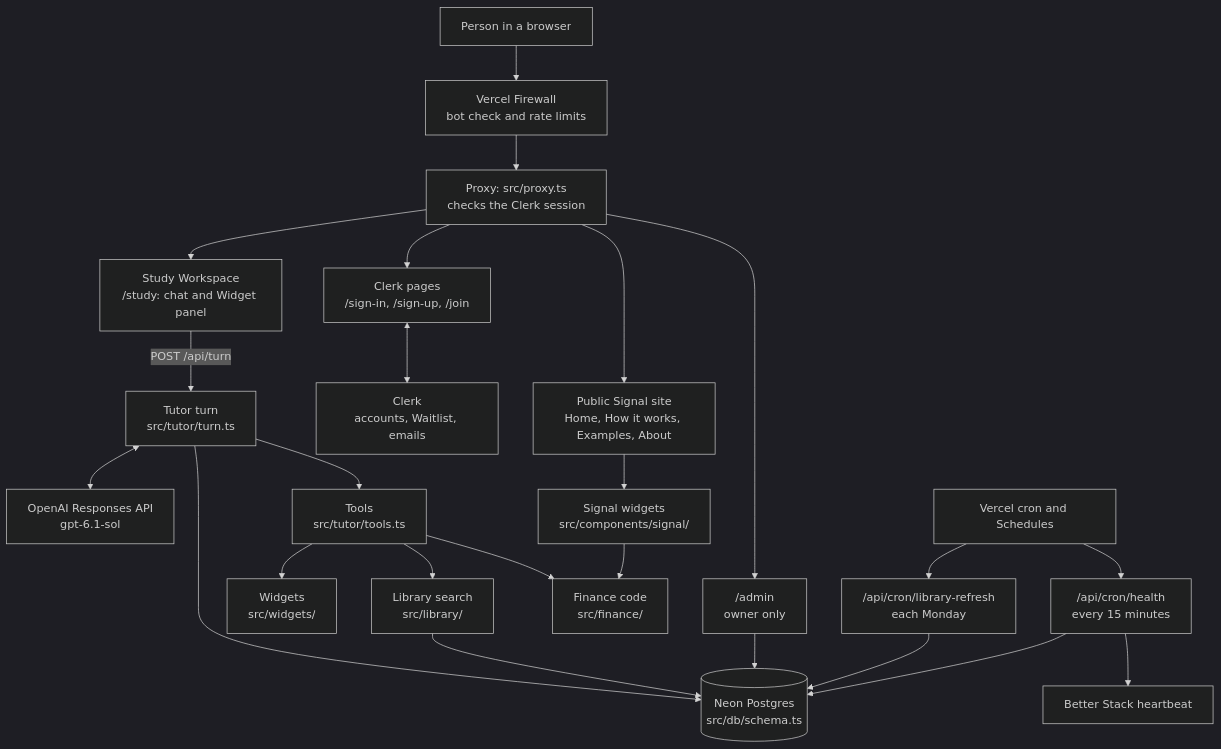
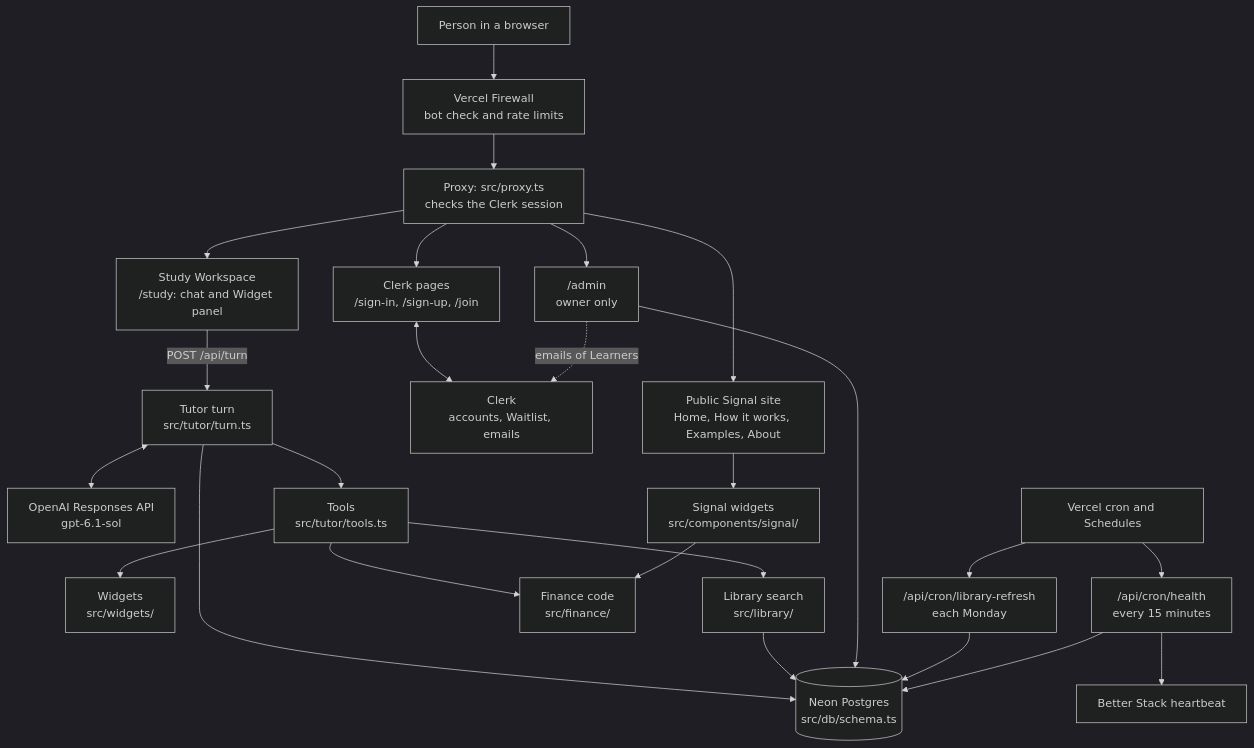
One commit to SiddharthMuramkar/finance-agent changed the first of 2 diagrams in docs/architecture.md. Above: the diagram before and after it, drawn with Mermaid (dark theme). The commit also changed other lines of this file, not shown here.

First line of the commit message:
docs: describe main after the 2026-11-15 merges in the architecture overview (#20)

````diff
--- a/docs/architecture.md
+++ b/docs/architecture.md
@@ -32,26 +39,27 @@
 ```mermaid
 flowchart TD
   P["Person in a browser"] --> FW["Vercel Firewall<br/>bot check and rate limits"]
   FW --> PX["Proxy: src/proxy.ts<br/>checks the Clerk session"]
   PX --> SITE["Public Signal site<br/>Home, How it works, Examples, About"]
   PX --> AUTH["Clerk pages<br/>/sign-in, /sign-up, /join"]
   PX --> STUDY["Study Workspace<br/>/study: chat and Widget panel"]
   PX --> ADMIN["/admin<br/>owner only"]
   AUTH <--> CLERK["Clerk<br/>accounts, Waitlist, emails"]
+  ADMIN -.->|"emails of Learners"| CLERK
   STUDY -->|"POST /api/turn"| TURN["Tutor turn<br/>src/tutor/turn.ts"]
   TURN <--> OAI["OpenAI Responses API<br/>gpt-6.1-sol"]
   TURN --> TOOLS["Tools<br/>src/tutor/tools.ts"]
   TOOLS --> WID["Widgets<br/>src/widgets/"]
   TOOLS --> LIB["Library search<br/>src/library/"]
   TOOLS --> FIN["Finance code<br/>src/finance/"]
   SITE --> SIG["Signal widgets<br/>src/components/signal/"]
   SIG --> FIN
   TURN --> DB[("Neon Postgres<br/>src/db/schema.ts")]
   LIB --> DB
   ADMIN --> DB
   CRON["Vercel cron and Schedules"] --> HEALTH["/api/cron/health<br/>every 15 minutes"]
   CRON --> REFRESH["/api/cron/library-refresh<br/>each Monday"]
   HEALTH --> BS["Better Stack heartbeat"]
   REFRESH --> DB
   HEALTH --> DB
 ```
````
